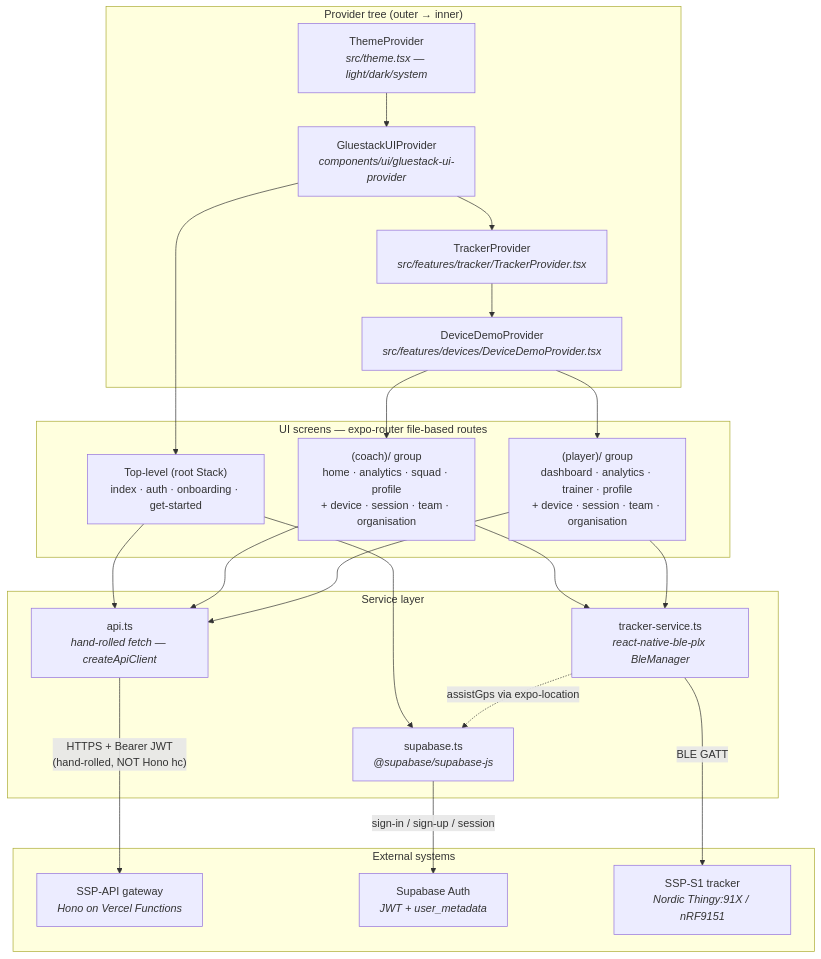
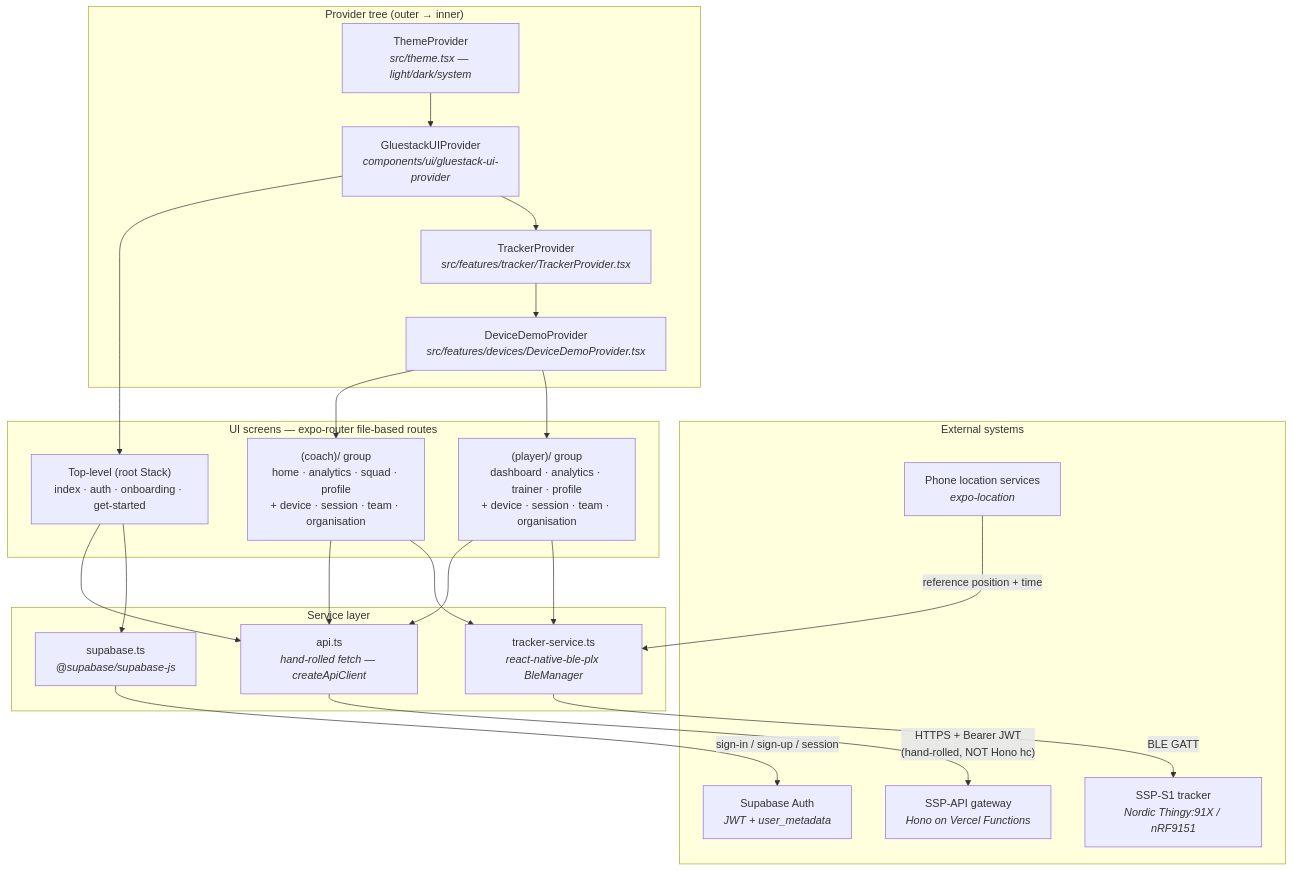
Before and after one commit to IzandlaSystem/SSP-Documentation: the diagram in docs/projects/mobile-app/index.md, drawn with Mermaid. The commit also changed other lines of this file and 37 other files, not shown here.

````diff
--- a/docs/projects/mobile-app/index.md
+++ b/docs/projects/mobile-app/index.md
@@ -82,46 +86,47 @@
 ```mermaid
 flowchart TB
     subgraph External["External systems"]
         Gateway["SSP-API gateway<br/><i>Hono on Vercel Functions</i>"]
         SupabaseAuth["Supabase Auth<br/><i>JWT + user_metadata</i>"]
+        PhoneLocation["Phone location services<br/><i>expo-location</i>"]
         SSPS1["SSP-S1 tracker<br/><i>Nordic Thingy:91X / nRF9151</i>"]
     end
 
     subgraph Services["Service layer"]
         ApiClient["api.ts<br/><i>hand-rolled fetch — createApiClient</i>"]
         SupabaseClient["supabase.ts<br/><i>@supabase/supabase-js</i>"]
         TrackerService["tracker-service.ts<br/><i>react-native-ble-plx BleManager</i>"]
     end
 
     subgraph Providers["Provider tree (outer → inner)"]
         Theme["ThemeProvider<br/><i>src/theme.tsx — light/dark/system</i>"]
         Gluestack["GluestackUIProvider<br/><i>components/ui/gluestack-ui-provider</i>"]
         Tracker["TrackerProvider<br/><i>src/features/tracker/TrackerProvider.tsx</i>"]
         DeviceDemo["DeviceDemoProvider<br/><i>src/features/devices/DeviceDemoProvider.tsx</i>"]
     end
 
     subgraph UI["UI screens — expo-router file-based routes"]
         TopLevel["Top-level (root Stack)<br/>index · auth · onboarding · get-started"]
         Coach["(coach)/ group<br/>home · analytics · squad · profile<br/>+ device · session · team · organisation"]
         Player["(player)/ group<br/>dashboard · analytics · trainer · profile<br/>+ device · session · team · organisation"]
     end
 
     Theme --> Gluestack
     Gluestack --> TopLevel
     Gluestack --> Tracker
     Tracker --> DeviceDemo
     DeviceDemo --> Coach
     DeviceDemo --> Player
 
     TopLevel --> ApiClient
     Coach --> ApiClient
     Player --> ApiClient
     TopLevel --> SupabaseClient
     Coach --> TrackerService
     Player --> TrackerService
 
     ApiClient -->|"HTTPS + Bearer JWT<br/>(hand-rolled, NOT Hono hc)"| Gateway
     SupabaseClient -->|"sign-in / sign-up / session"| SupabaseAuth
     TrackerService -->|"BLE GATT"| SSPS1
-    TrackerService -.->|"assistGps via expo-location"| SupabaseClient
+    PhoneLocation -->|"reference position + time"| TrackerService
 ```
````
